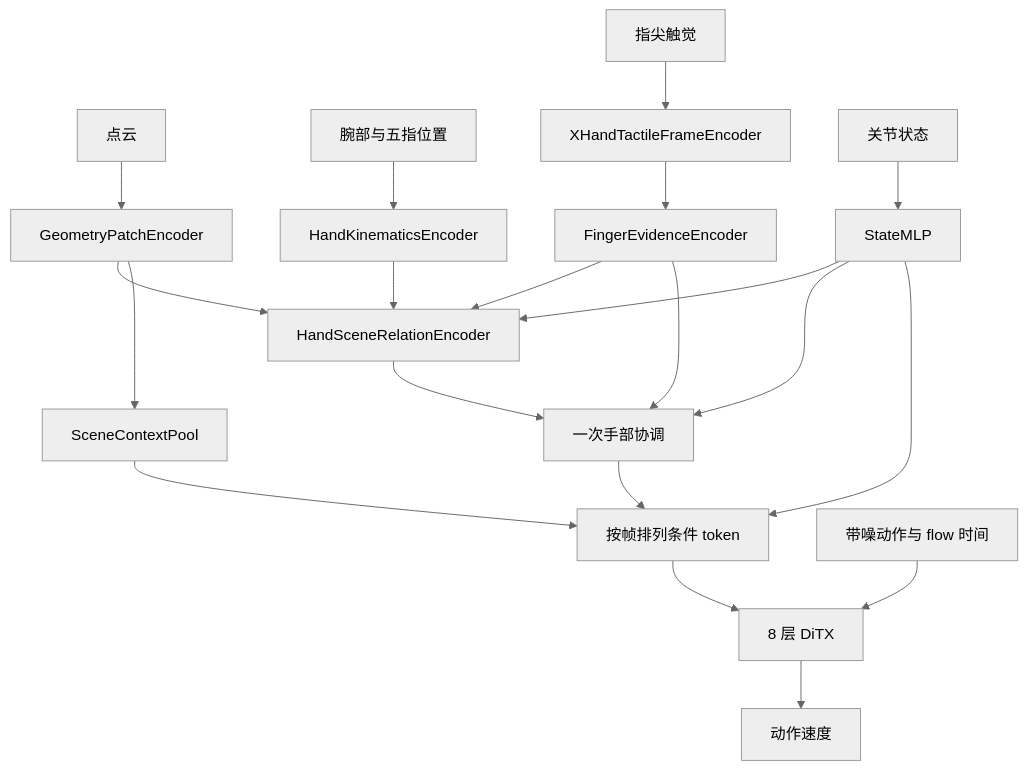
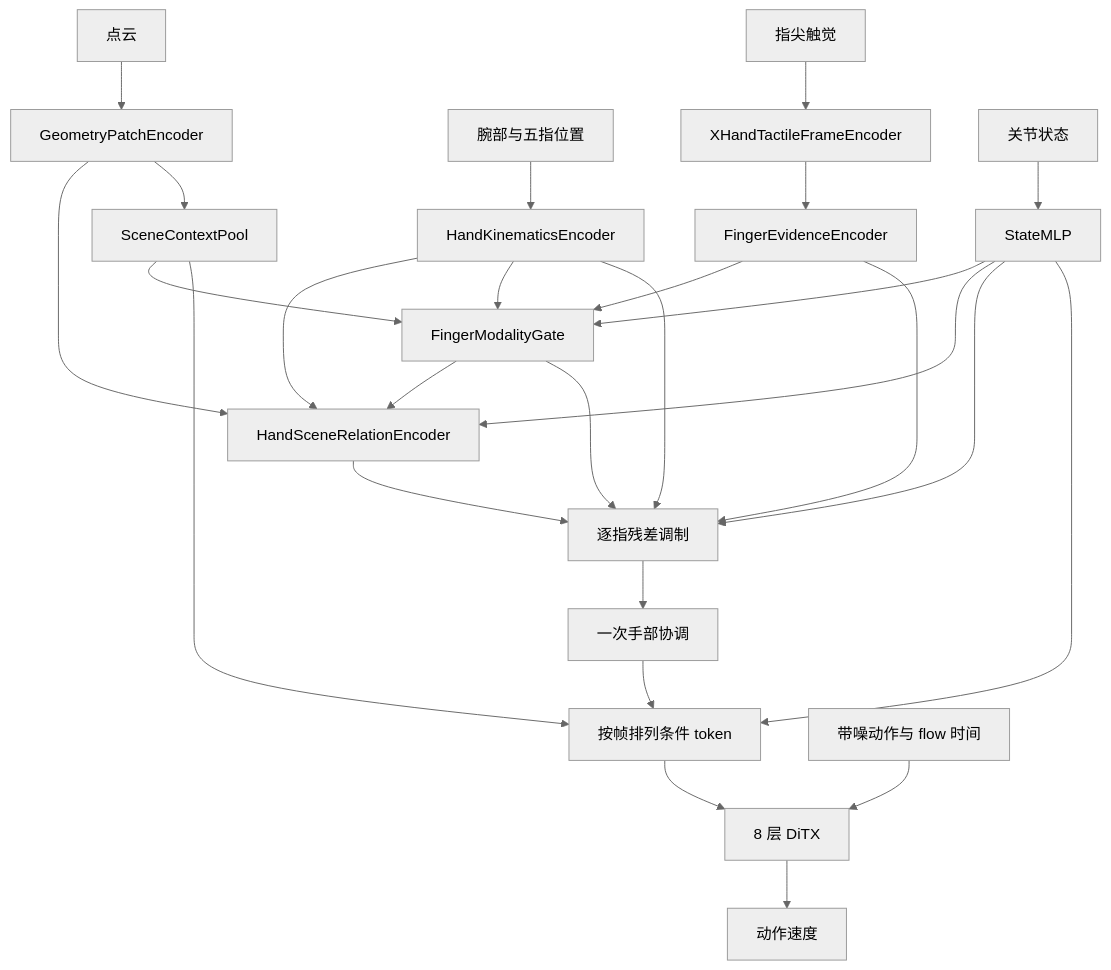
Before and after one commit to haoyangzhanglab/dexmani_policy: the diagram in docs/interaction_representation.md, drawn with Mermaid (neutral theme). The commit also changed other lines of this file and 8 other files, not shown here.

````diff
--- a/docs/interaction_representation.md
+++ b/docs/interaction_representation.md
@@ -59,22 +63,29 @@
 ```mermaid
 flowchart TD
     PC[点云] --> P[GeometryPatchEncoder]
     K[腕部与五指位置] --> H[HandKinematicsEncoder]
     T[指尖触觉] --> TF[XHandTactileFrameEncoder]
     TF --> E[FingerEvidenceEncoder]
     Q[关节状态] --> S[StateMLP]
     P --> R[HandSceneRelationEncoder]
     H --> R
-    E --> R
+    E --> G[FingerModalityGate]
+    H --> G
+    S --> G
+    SC --> G
+    G --> R
     S --> R
     P --> SC[SceneContextPool]
-    R --> C[一次手部协调]
-    E --> C
-    S --> C
+    R --> F[逐指残差调制]
+    G --> F
+    E --> F
+    H --> F
+    S --> F
+    F --> C[一次手部协调]
     C --> O[按帧排列条件 token]
     SC --> O
     S --> O
     O --> D[8 层 DiTX]
     A[带噪动作与 flow 时间] --> D
     D --> V[动作速度]
 ```
````
